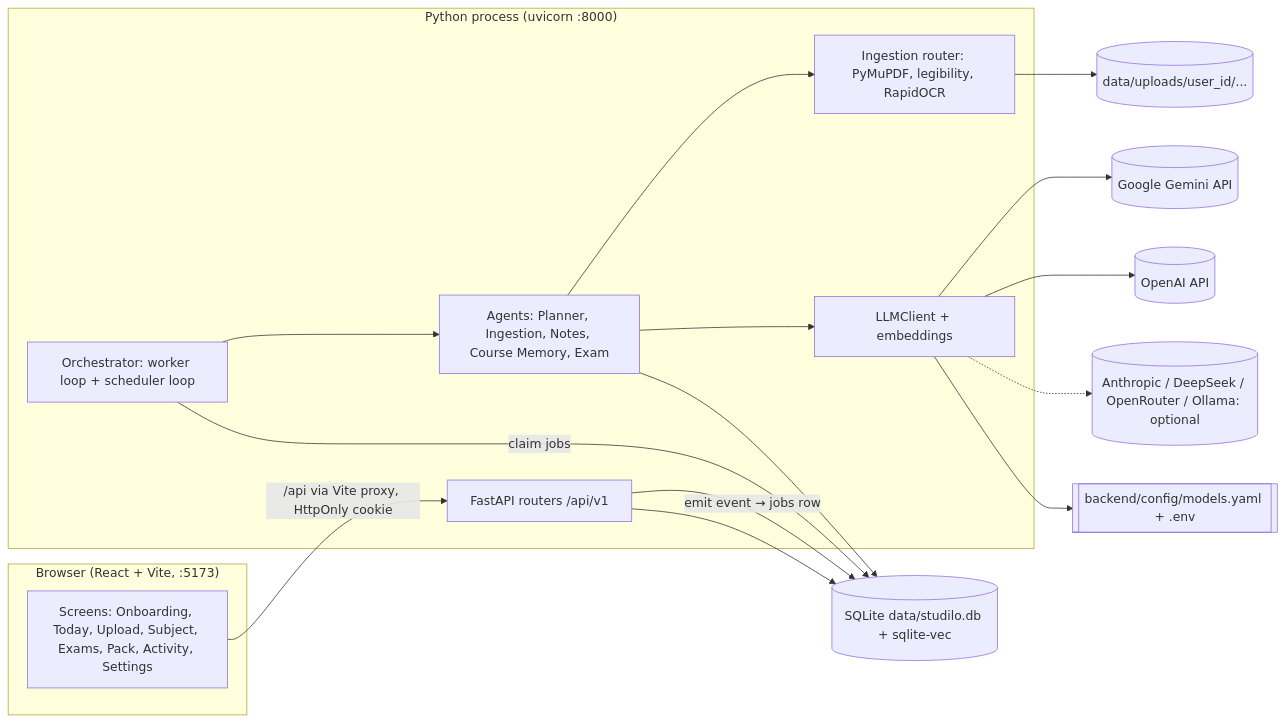
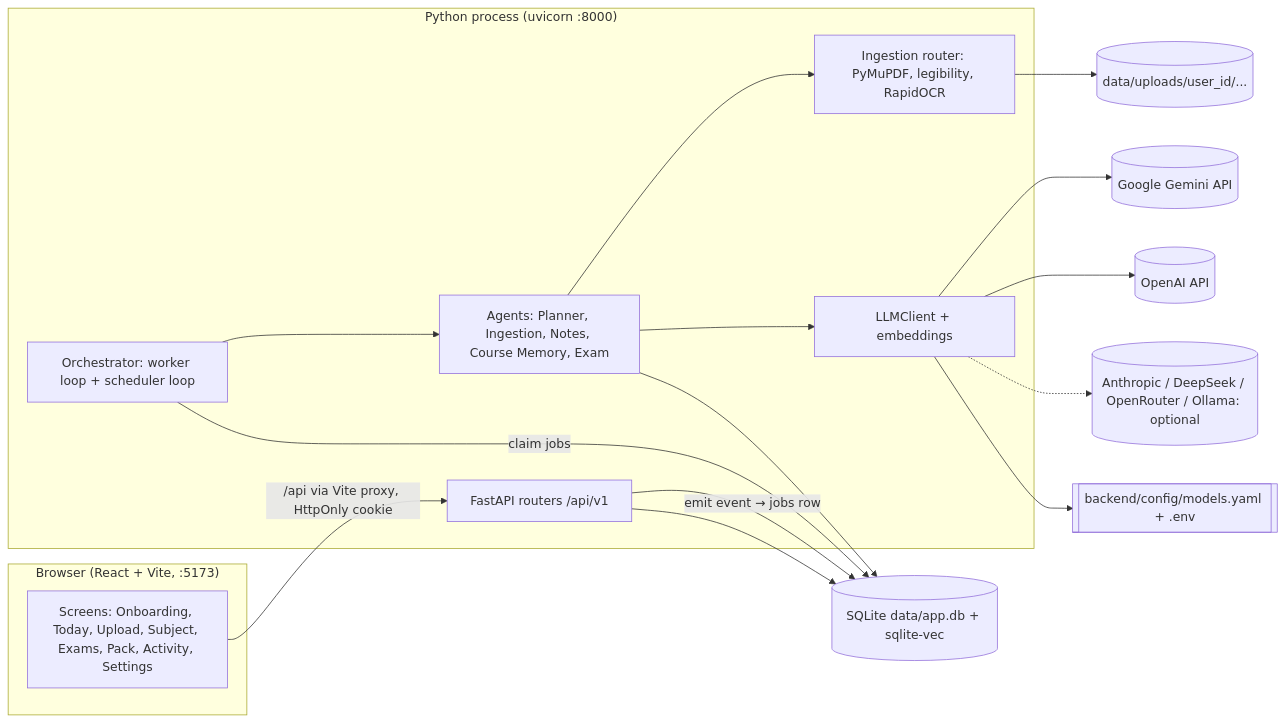
Before and after one commit to MiquelBerenguer/STUDILO-ai-for-students: the first of 8 diagrams in docs/SYSTEM_WALKTHROUGH.md, drawn with Mermaid. The commit also changed other lines of this file and 79 other files, not shown here.

````diff
--- a/docs/SYSTEM_WALKTHROUGH.md
+++ b/docs/SYSTEM_WALKTHROUGH.md
@@ -48,32 +51,32 @@
 ```mermaid
 flowchart LR
   subgraph Browser["Browser (React + Vite, :5173)"]
     UI[Screens: Onboarding, Today, Upload, Subject, Exams, Pack, Activity, Settings]
   end
   subgraph Proc["Python process (uvicorn :8000)"]
     API[FastAPI routers /api/v1]
     ORCH[Orchestrator: worker loop + scheduler loop]
     AG[Agents: Planner, Ingestion, Notes, Course Memory, Exam]
     RT[Ingestion router: PyMuPDF, legibility, RapidOCR]
     LLM[LLMClient + embeddings]
   end
-  DB[(SQLite data/studilo.db + sqlite-vec)]
+  DB[(SQLite data/app.db + sqlite-vec)]
   FS[(data/uploads/user_id/...)]
   CFG[[backend/config/models.yaml + .env]]
   P1[(Google Gemini API)]
   P2[(OpenAI API)]
   P3[(Anthropic / DeepSeek / OpenRouter / Ollama: optional)]
   UI -- "/api via Vite proxy, HttpOnly cookie" --> API
   API --> DB
   API -- "emit event → jobs row" --> DB
   ORCH -- "claim jobs" --> DB
   ORCH --> AG
   AG --> RT
   AG --> LLM
   RT --> FS
   LLM --> P1
   LLM --> P2
   LLM -.-> P3
   LLM --> CFG
   AG --> DB
 ```
````
